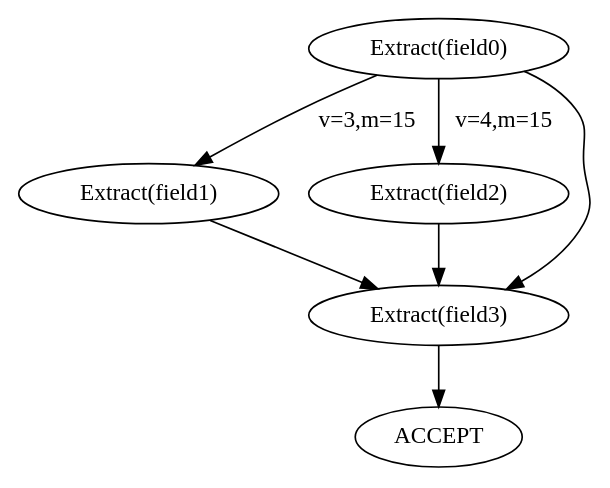
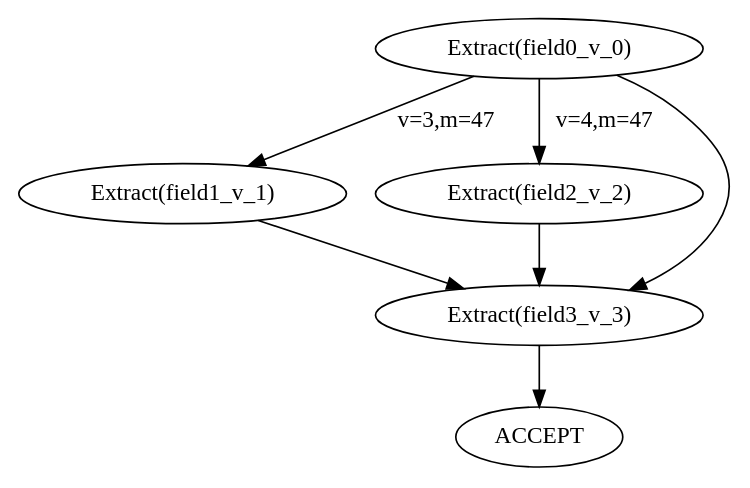
One commit to Aryakrish05/ParserCompiler26 changed the diagram in Foundations/ProgramSynthesis/Z3Programs/STMGen/doctest-output/ParseGraph.gv. Above: the diagram before and after it, drawn with Graphviz. The commit also changed 57 other files, not shown here.

```diff
--- a/Foundations/ProgramSynthesis/Z3Programs/STMGen/doctest-output/ParseGraph.gv
+++ b/Foundations/ProgramSynthesis/Z3Programs/STMGen/doctest-output/ParseGraph.gv
@@ -1,14 +1,14 @@
 // Parser as State Machine
 digraph ParseGraph {
-	Node0 [label="Extract(field0)"]
-	Node1 [label="Extract(field1)"]
-	Node2 [label="Extract(field2)"]
-	Node3 [label="Extract(field3)"]
+	Node0 [label="Extract(field0_v_0)"]
+	Node1 [label="Extract(field1_v_1)"]
+	Node2 [label="Extract(field2_v_2)"]
+	Node3 [label="Extract(field3_v_3)"]
 	ACCEPT [label=ACCEPT]
 	Node0 -> Node3
 	Node1 -> Node3
 	Node2 -> Node3
 	Node3 -> ACCEPT
-	Node0 -> Node1 [label="v=3,m=15"]
-	Node0 -> Node2 [label="v=4,m=15"]
+	Node0 -> Node2 [label="v=4,m=47"]
+	Node0 -> Node1 [label="v=3,m=47"]
 }
```
